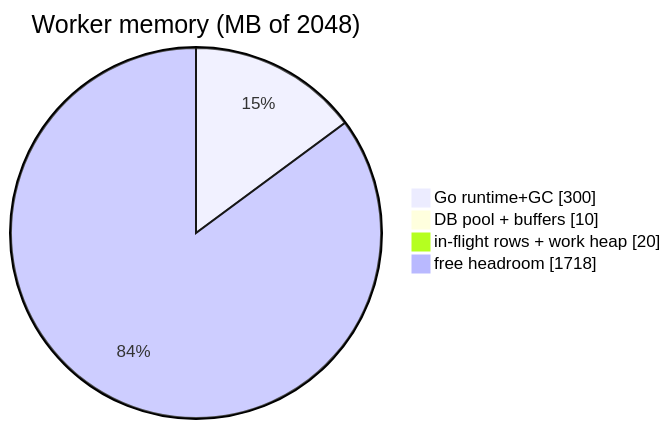
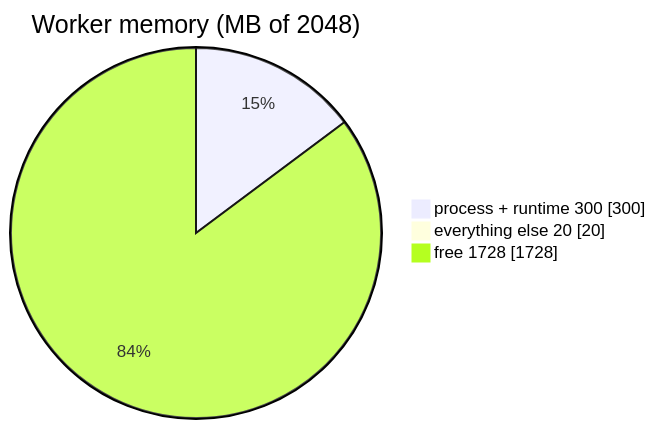
The second of 7 diagrams in docs/worked-examples.md (aq35/sample_manual), drawn with Mermaid before and after one commit. The commit also changed other lines of this file, not shown here.

````diff
--- a/docs/worked-examples.md
+++ b/docs/worked-examples.md
@@ -53,8 +63,7 @@
 ```mermaid
 pie showData
   title Worker memory (MB of 2048)
-  "Go runtime+GC" : 300
-  "DB pool + buffers" : 10
-  "in-flight rows + work heap" : 20
-  "free headroom" : 1718
+  "process + runtime 300" : 300
+  "everything else 20" : 20
+  "free 1728" : 1728
 ```
````
